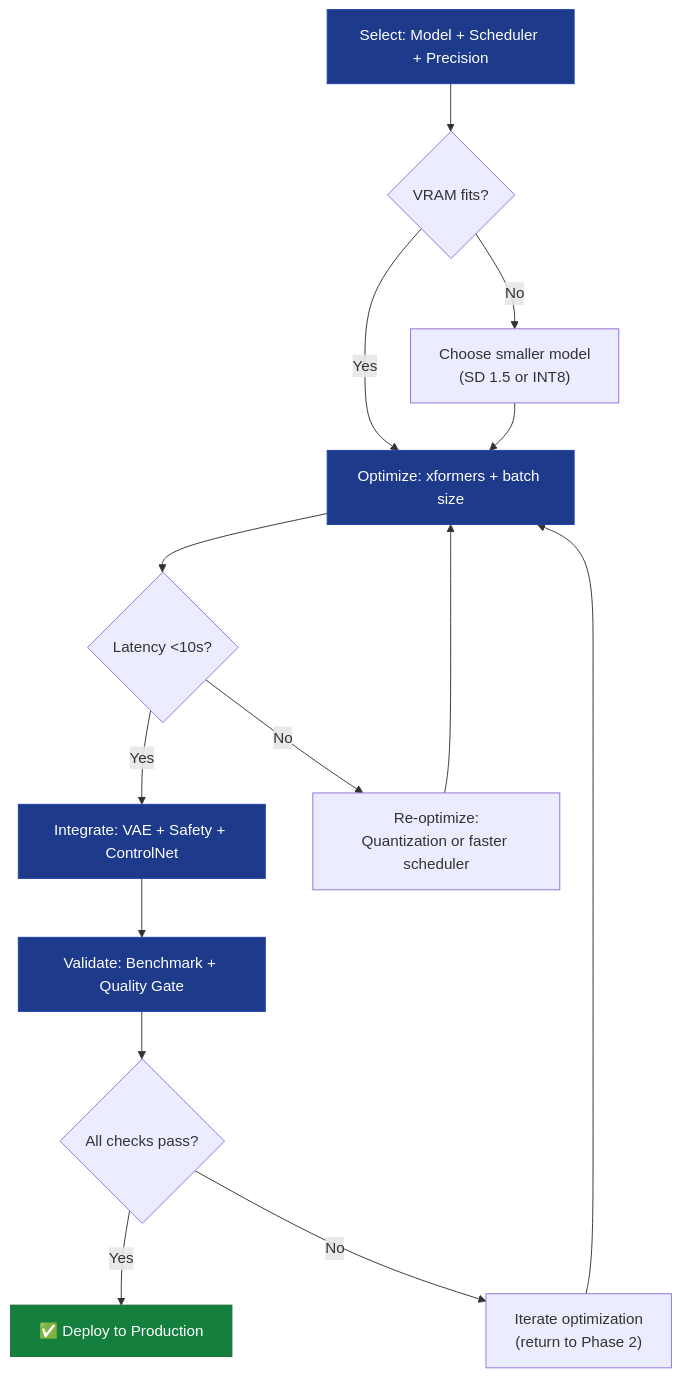
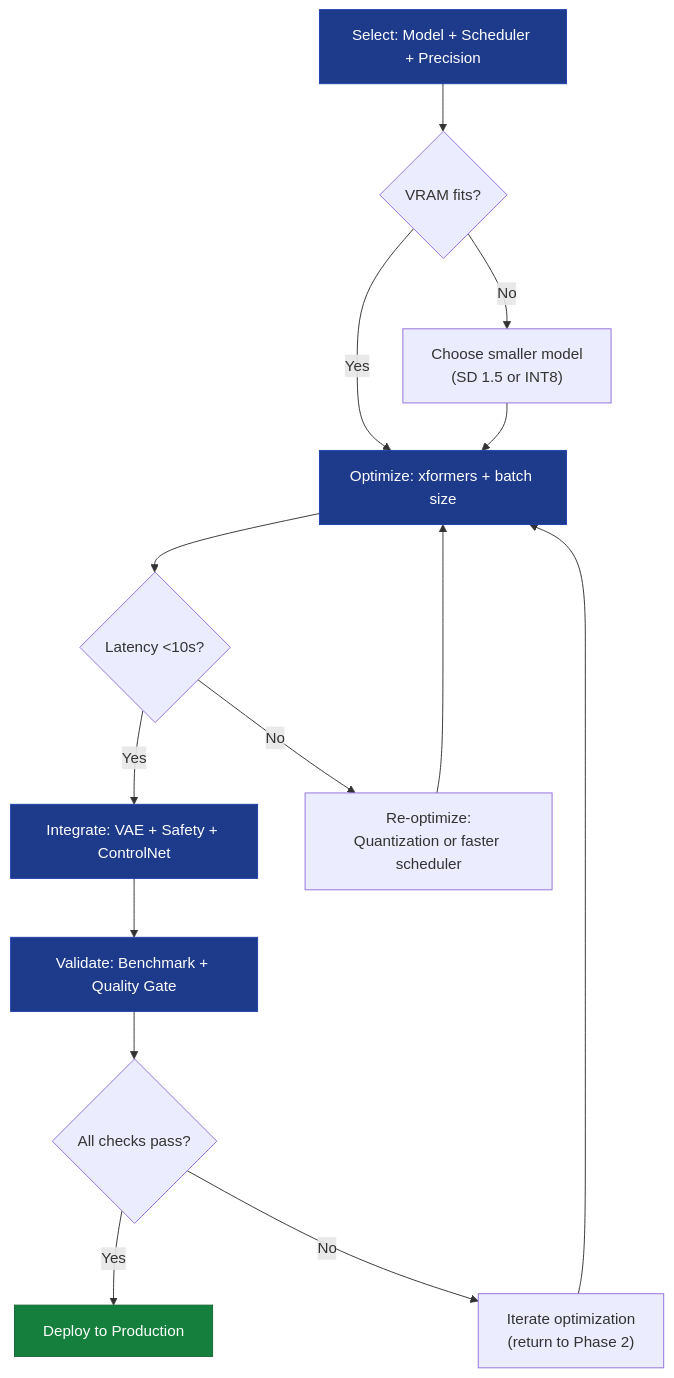
Before and after one commit to dsgouda7/ai-portfolio: the diagram in notes/05-multimodal-ai/ch13-local-diffusion-lab/local-diffusion-lab.md, drawn with Mermaid. The commit also changed other lines of this file and 179 other files, not shown here.

````diff
--- a/notes/05-multimodal-ai/ch13-local-diffusion-lab/local-diffusion-lab.md
+++ b/notes/05-multimodal-ai/ch13-local-diffusion-lab/local-diffusion-lab.md
@@ -479,22 +478,22 @@
 ```mermaid
 graph TD
-    A["Select: Model + Scheduler + Precision"] --> B{"VRAM fits?"}
-    B -->|Yes| C["Optimize: xformers + batch size"]
-    B -->|No| A1["Choose smaller model<br/>(SD 1.5 or INT8)"]
-    A1 --> C
-    C --> D{"Latency <10s?"}
-    D -->|Yes| E["Integrate: VAE + Safety + ControlNet"]
-    D -->|No| C1["Re-optimize:<br/>Quantization or faster scheduler"]
-    C1 --> C
-    E --> F["Validate: Benchmark + Quality Gate"]
-    F --> G{"All checks pass?"}
-    G -->|Yes| H["✅ Deploy to Production"]
-    G -->|No| I["Iterate optimization<br/>(return to Phase 2)"]
-    I --> C
+ A["Select: Model + Scheduler + Precision"] --> B{"VRAM fits?"}
+ B -->|Yes| C["Optimize: xformers + batch size"]
+ B -->|No| A1["Choose smaller model<br/>(SD 1.5 or INT8)"]
+ A1 --> C
+ C --> D{"Latency <10s?"}
+ D -->|Yes| E["Integrate: VAE + Safety + ControlNet"]
+ D -->|No| C1["Re-optimize:<br/>Quantization or faster scheduler"]
+ C1 --> C
+ E --> F["Validate: Benchmark + Quality Gate"]
+ F --> G{"All checks pass?"}
+ G -->|Yes| H[" Deploy to Production"]
+ G -->|No| I["Iterate optimization<br/>(return to Phase 2)"]
+ I --> C
 
-    style H fill:#15803d,stroke:#166534,color:#fff
-    style A fill:#1e3a8a,stroke:#1e40af,color:#fff
-    style C fill:#1e3a8a,stroke:#1e40af,color:#fff
-    style E fill:#1e3a8a,stroke:#1e40af,color:#fff
-    style F fill:#1e3a8a,stroke:#1e40af,color:#fff
+ style H fill:#15803d,stroke:#166534,color:#fff
+ style A fill:#1e3a8a,stroke:#1e40af,color:#fff
+ style C fill:#1e3a8a,stroke:#1e40af,color:#fff
+ style E fill:#1e3a8a,stroke:#1e40af,color:#fff
+ style F fill:#1e3a8a,stroke:#1e40af,color:#fff
 ```
````
